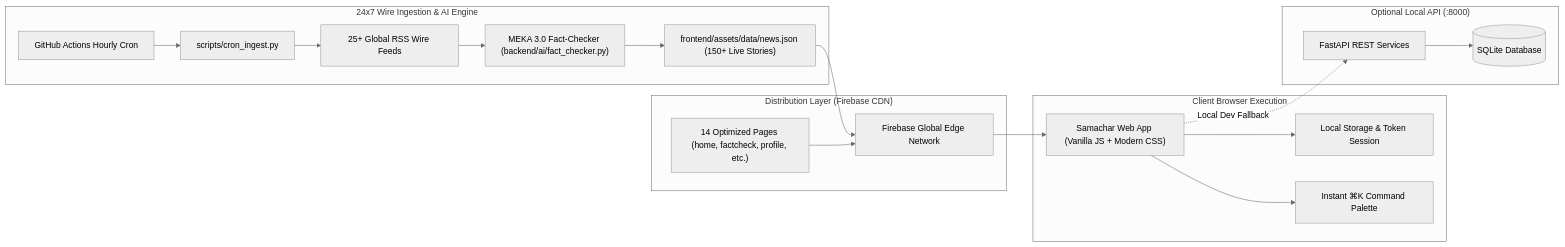
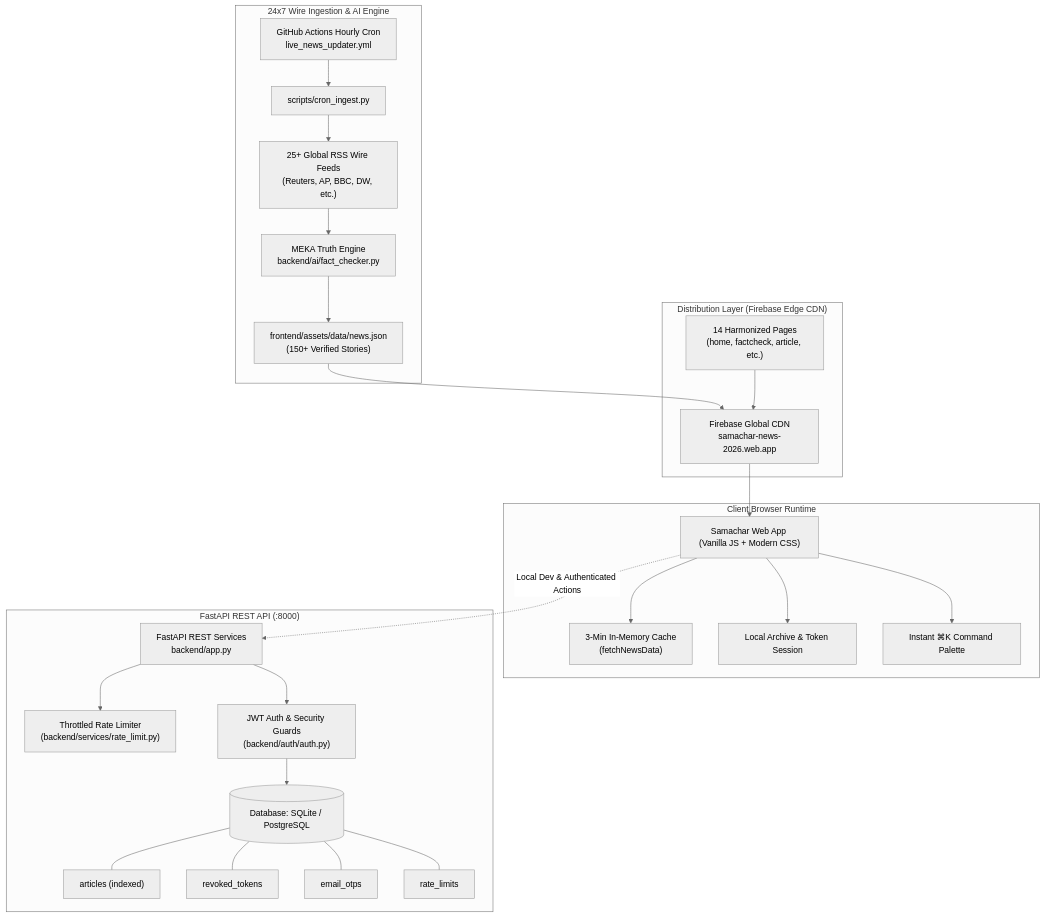
Before and after one commit to OK45batwal/samachar-news: the diagram in README.md, drawn with Mermaid (neutral theme). The commit also changed other lines of this file, not shown here.

Commit message:
docs: improve README with updated 19-test suite, minimalist editorial architecture, security hardening, and API surface

````diff
--- a/README.md
+++ b/README.md
@@ -40,27 +45,38 @@
 ```mermaid
-graph LR
-    subgraph Ingestion ["24x7 Wire Ingestion & AI Engine"]
-        Cron["GitHub Actions Hourly Cron"] --> IngestScript["scripts/cron_ingest.py"]
-        IngestScript --> RSS["25+ Global RSS Wire Feeds"]
-        RSS --> FactCheckEngine["MEKA 3.0 Fact-Checker (backend/ai/fact_checker.py)"]
-        FactCheckEngine --> DatasetExport["frontend/assets/data/news.json (150+ Live Stories)"]
+graph TB
+    subgraph WireIngestion ["24x7 Wire Ingestion & AI Engine"]
+        Cron["GitHub Actions Hourly Cron<br/>live_news_updater.yml"] --> IngestScript["scripts/cron_ingest.py"]
+        IngestScript --> RSS["25+ Global RSS Wire Feeds<br/>(Reuters, AP, BBC, DW, etc.)"]
+        RSS --> FactCheckEngine["MEKA Truth Engine<br/>backend/ai/fact_checker.py"]
+        FactCheckEngine --> DatasetExport["frontend/assets/data/news.json<br/>(150+ Verified Stories)"]
     end
 
-    subgraph CDN ["Distribution Layer (Firebase CDN)"]
-        DatasetExport --> FirebaseHosting["Firebase Global Edge Network"]
-        HTMLPages["14 Optimized Pages (home, factcheck, profile, etc.)"] --> FirebaseHosting
+    subgraph CDN ["Distribution Layer (Firebase Edge CDN)"]
+        DatasetExport --> FirebaseHosting["Firebase Global CDN<br/>samachar-news-2026.web.app"]
+        HTMLPages["14 Harmonized Pages<br/>(home, factcheck, article, etc.)"] --> FirebaseHosting
     end
 
-    subgraph Client ["Client Browser Execution"]
+    subgraph Client ["Client Browser Runtime"]
         FirebaseHosting --> BrowserApp["Samachar Web App (Vanilla JS + Modern CSS)"]
-        BrowserApp --> CacheEngine["Local Storage & Token Session"]
+        BrowserApp --> MemCache["3-Min In-Memory Cache<br/>(fetchNewsData)"]
+        BrowserApp --> LocalStore["Local Archive & Token Session"]
         BrowserApp --> SearchPalette["Instant ⌘K Command Palette"]
     end
 
-    subgraph Backend ["Optional Local API (:8000)"]
-        FastAPI["FastAPI REST Services"]
-        DB[(SQLite Database)]
-        FastAPI --> DB
-        BrowserApp -.->|Local Dev Fallback| FastAPI
+    subgraph Backend ["FastAPI REST API (:8000)"]
+        FastAPI["FastAPI REST Services<br/>backend/app.py"]
+        RateLimiter["Throttled Rate Limiter<br/>(backend/services/rate_limit.py)"]
+        AuthGuards["JWT Auth & Security Guards<br/>(backend/auth/auth.py)"]
+        DB[(Database: SQLite / PostgreSQL)]
+        
+        FastAPI --> RateLimiter
+        FastAPI --> AuthGuards
+        AuthGuards --> DB
+        DB --- T1["articles (indexed)"]
+        DB --- T2["revoked_tokens"]
+        DB --- T3["email_otps"]
+        DB --- T4["rate_limits"]
     end
+
+    BrowserApp -.->|Local Dev & Authenticated Actions| FastAPI
 ```
````
